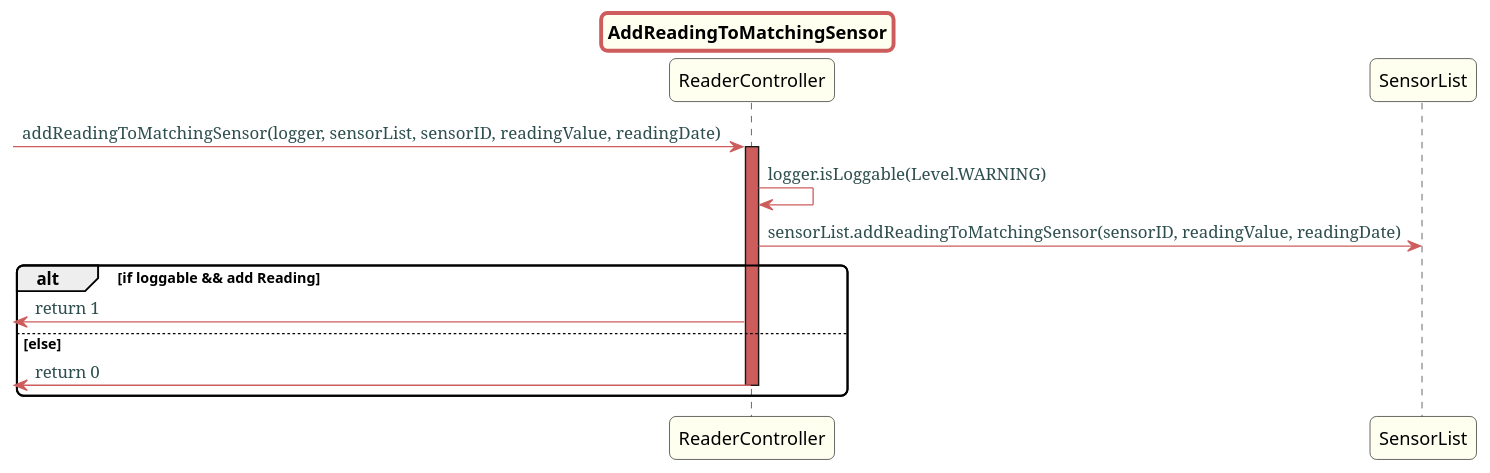
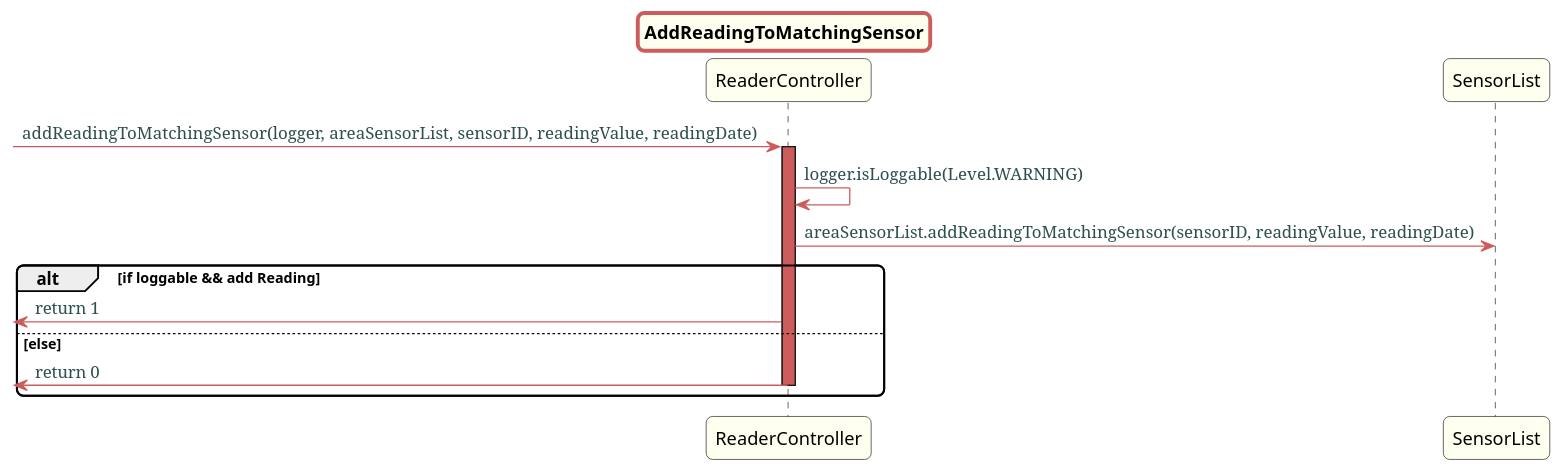
Before and after one commit to Almadanmp/project: the diagram in src/doc/Controllers/HouseConfiguration/US20v2/AddReadingToMatchingSensor.puml, drawn with PlantUML. The commit also changed 39 other files, not shown here.

Commit message:
REF#203 REF#197 renames SensorList to AreaSensorList

```diff
--- a/src/doc/Controllers/HouseConfiguration/US20v2/AddReadingToMatchingSensor.puml
+++ b/src/doc/Controllers/HouseConfiguration/US20v2/AddReadingToMatchingSensor.puml
@@ -1,44 +1,44 @@
 @startuml
 
 skinparam titleBorderRoundCorner 10
 skinparam titleBorderThickness 3
 skinparam titleBorderColor indianred
 skinparam titleBackgroundColor ivory
 skinparam FontName quicksand
 
 skinparam actor {
  	BorderColor indianred
  	}
 
  skinparam sequence {
  	LifeLineBackgroundColor indianred
  	ParticipantBackgroundColor ivory
  }
 
  skinparam roundcorner 10
 
  skinparam component {
    arrowThickness 1
    ArrowFontName Verdana
    ArrowColor indianred
    ArrowFontColor darkslategrey
  }
 
 
 title AddReadingToMatchingSensor
--> ReaderController: addReadingToMatchingSensor(logger, sensorList, sensorID, readingValue, readingDate)
+-> ReaderController: addReadingToMatchingSensor(logger, areaSensorList, sensorID, readingValue, readingDate)
 activate ReaderController
 
 ReaderController -> ReaderController: logger.isLoggable(Level.WARNING)
-ReaderController -> SensorList: sensorList.addReadingToMatchingSensor(sensorID, readingValue, readingDate)
+ReaderController -> SensorList: areaSensorList.addReadingToMatchingSensor(sensorID, readingValue, readingDate)
 
 alt if loggable && add Reading
 
 <- ReaderController: return 1
 
 else else
 <- ReaderController: return 0
 deactivate ReaderController
 end
 
 @enduml
```
